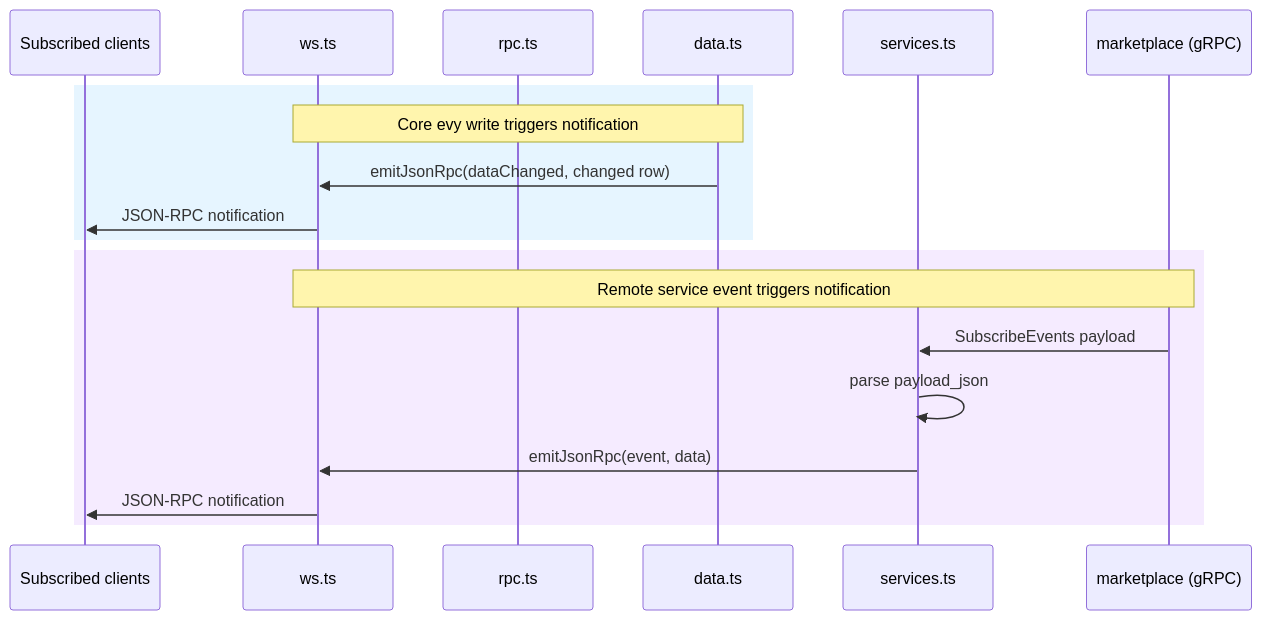
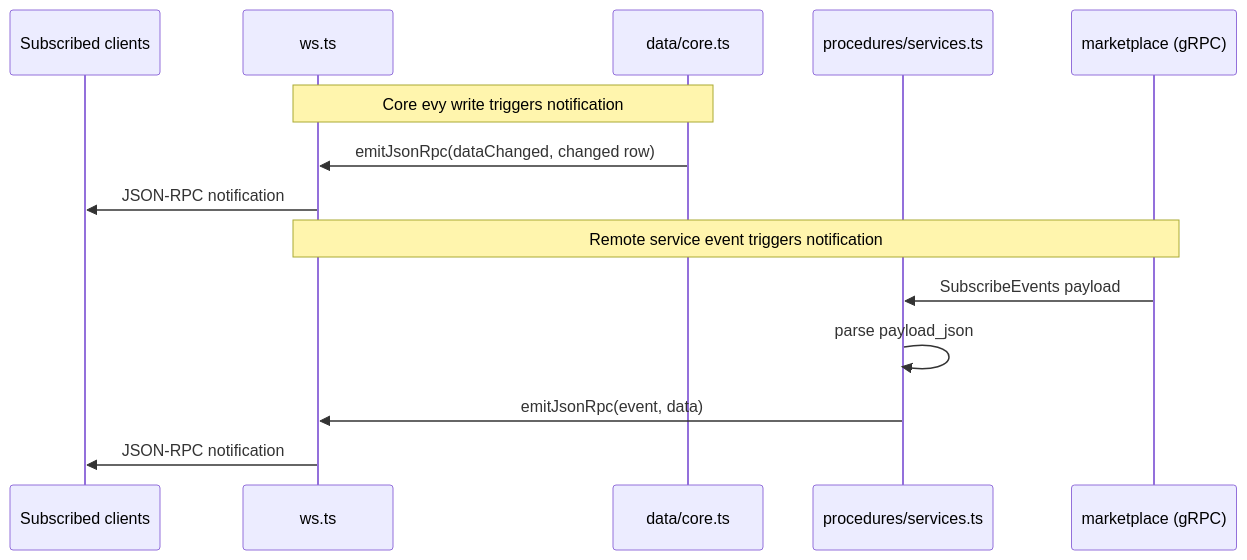
The second of 3 diagrams in api/README.md (EVY-Platform/evy), drawn with Mermaid before and after one commit. The commit also changed other lines of this file and 116 other files, not shown here.

````diff
--- a/api/README.md
+++ b/api/README.md
@@ -55,23 +55,18 @@
 ```mermaid
 sequenceDiagram
     participant Client as Subscribed clients
     participant ws as ws.ts
-    participant rpc as rpc.ts
-    participant data as data.ts
-    participant services as services.ts
+    participant data as data/core.ts
+    participant services as procedures/services.ts
     participant marketplace as marketplace (gRPC)
 
-    rect rgb(230, 245, 255)
     Note over data,ws: Core evy write triggers notification
     data->>ws: emitJsonRpc(dataChanged, changed row)
     ws->>Client: JSON-RPC notification
-    end
 
-    rect rgb(245, 235, 255)
     Note over marketplace,ws: Remote service event triggers notification
     marketplace->>services: SubscribeEvents payload
     services->>services: parse payload_json
     services->>ws: emitJsonRpc(event, data)
     ws->>Client: JSON-RPC notification
-    end
 ```
````
